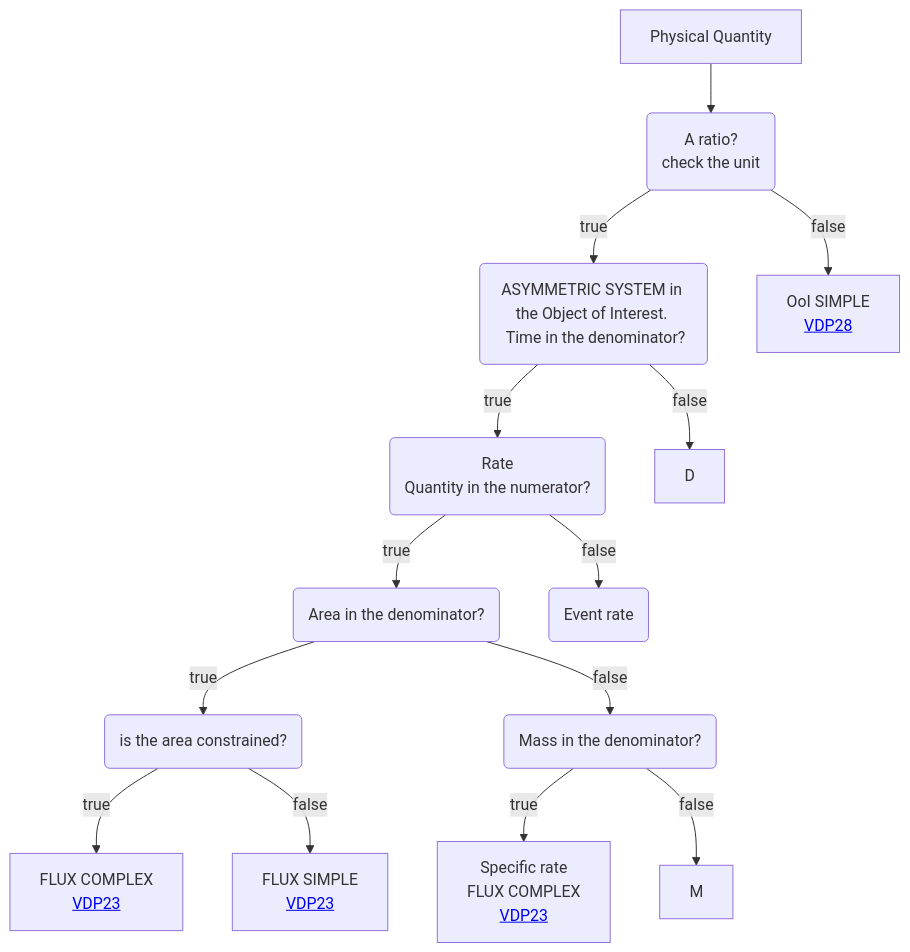
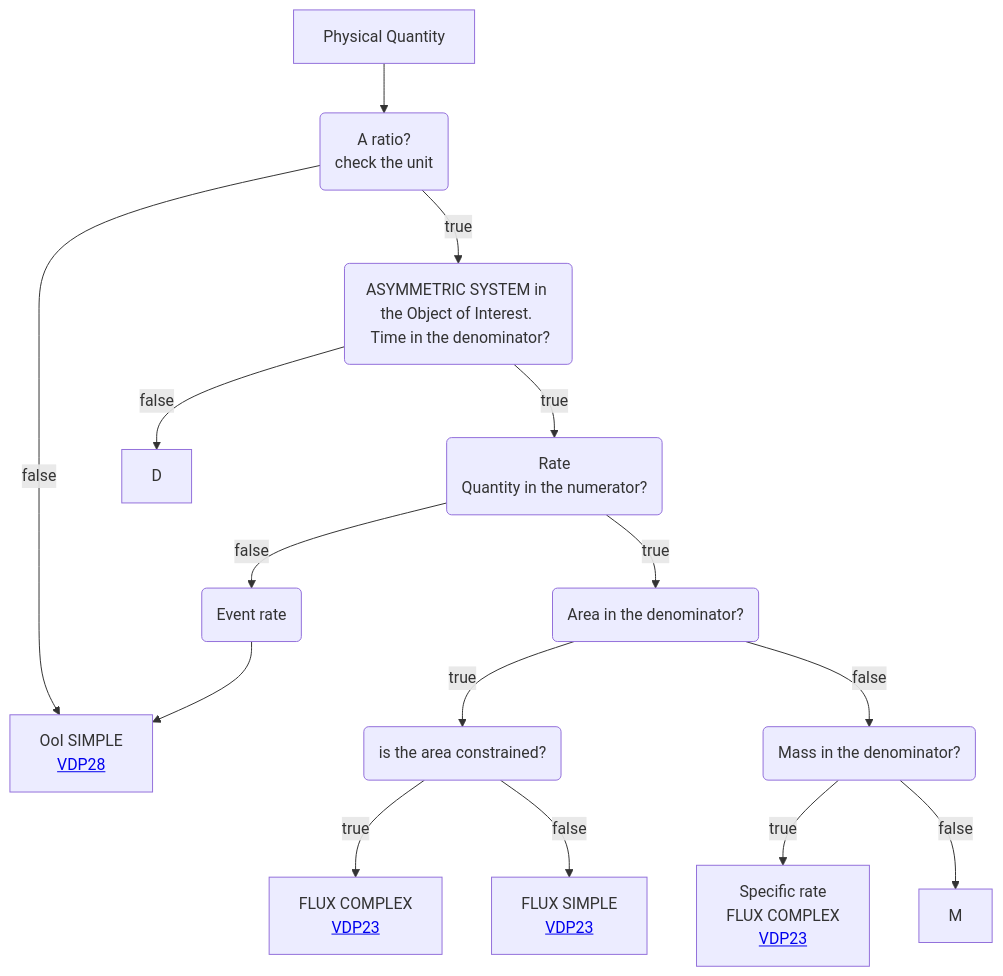
Before and after one commit to mabablue/I-ADOPT-patterns-playground: the diagram in Decisition_trees/DT2.mmd, drawn with Mermaid.

```diff
--- a/Decisition_trees/DT2.mmd
+++ b/Decisition_trees/DT2.mmd
@@ -1,14 +1,15 @@
 flowchart TD
     A[Physical Quantity] --> B(A ratio?<br>check the unit)
     B --> |true|C(ASYMMETRIC SYSTEM in the Object of Interest. <br> Time in the denominator?) 
     B --> |false|I[OoI SIMPLE <br> <a href='https://github.com/mabablue/I-ADOPT-patterns-playground/blob/main/pattern/VDP28.yaml'>VDP28</a>]
     C --> |true|N(Rate <br> Quantity in the numerator?)
     C --> |false|D
     E --> |true|F(is the area constrained?)
     E --> |false|K(Mass in the denominator?) 
     F --> |true|G[FLUX COMPLEX <br> <a href='https://github.com/mabablue/I-ADOPT-patterns-playground/blob/main/pattern/VDP23.yaml'>VDP23</a>]
     F --> |false|H[FLUX SIMPLE <br> <a href='https://github.com/mabablue/I-ADOPT-patterns-playground/blob/main/pattern/VDP18.yaml'>VDP23</a>]
     K --> |true|L[Specific rate <br> FLUX COMPLEX <br> <a href='https://github.com/mabablue/I-ADOPT-patterns-playground/blob/main/pattern/VDP23.yaml'>VDP23</a>]
     K --> |false|M
     N --> |true|E(Area in the denominator?)
     N --> |false|O(Event rate)
+    O --> I
```
